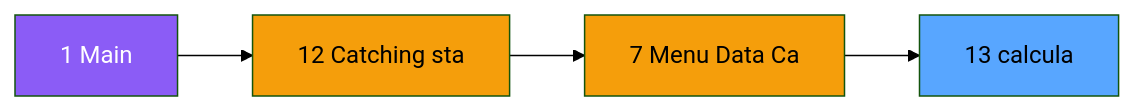
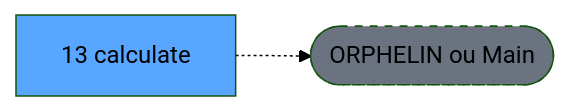
The second of 3 diagrams in .openspec/renders/ADH-IDE-13.md (thonyAGP/lecteur-magic), drawn with Mermaid (forest theme) before and after one commit. The commit also changed other lines of this file and 701 other files, not shown here.

````diff
--- a/.openspec/renders/ADH-IDE-13.md
+++ b/.openspec/renders/ADH-IDE-13.md
@@ -111,14 +117,8 @@
 ```mermaid
 graph LR
-    M[1 Main]
-    N12[12 Catching sta]
-    N7[7 Menu Data Ca]
-    T[13      calcula]
-    M --> N12
-    N12 --> N7
-    N7 --> T
-    style M fill:#8b5cf6,color:#fff
-    style N12 fill:#f59e0b
-    style N7 fill:#f59e0b
+    T[13      calculate ]
+    ORPHAN([ORPHELIN ou Main])
+    T -.-> ORPHAN
     style T fill:#58a6ff,color:#000
+    style ORPHAN fill:#6b7280,stroke-dasharray: 5 5
 ```
````
